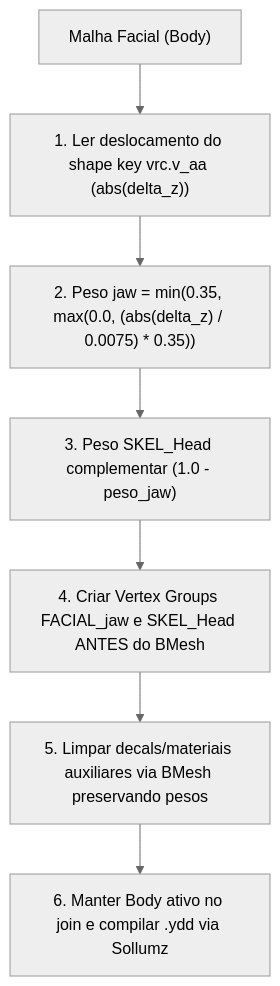
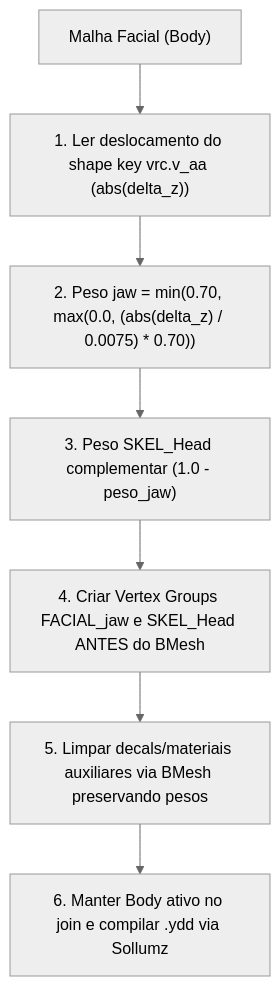
Before and after one commit to TheOkamoto/vrcavatar2gtav: the diagram in docs/DEPLOYMENT_GUIDE.pt-BR.md, drawn with Mermaid (neutral theme). The commit also changed other lines of this file and 24 other files, not shown here.

````diff
--- a/docs/DEPLOYMENT_GUIDE.pt-BR.md
+++ b/docs/DEPLOYMENT_GUIDE.pt-BR.md
@@ -113,9 +113,9 @@
 ```mermaid
 flowchart TD
     FaceMesh["Malha Facial (Body)"] --> ShapeKey["1. Ler deslocamento do shape key vrc.v_aa (abs(delta_z))"]
-    ShapeKey --> JawFormula["2. Peso jaw = min(0.35, max(0.0, (abs(delta_z) / 0.0075) * 0.35))"]
+    ShapeKey --> JawFormula["2. Peso jaw = min(0.70, max(0.0, (abs(delta_z) / 0.0075) * 0.70))"]
     JawFormula --> HeadSplit["3. Peso SKEL_Head complementar (1.0 - peso_jaw)"]
     HeadSplit --> PreBMesh["4. Criar Vertex Groups FACIAL_jaw e SKEL_Head ANTES do BMesh"]
     PreBMesh --> CleanAlpha["5. Limpar decals/materiais auxiliares via BMesh preservando pesos"]
     CleanAlpha --> ActiveJoin["6. Manter Body ativo no join e compilar .ydd via Sollumz"]
 ```
````
